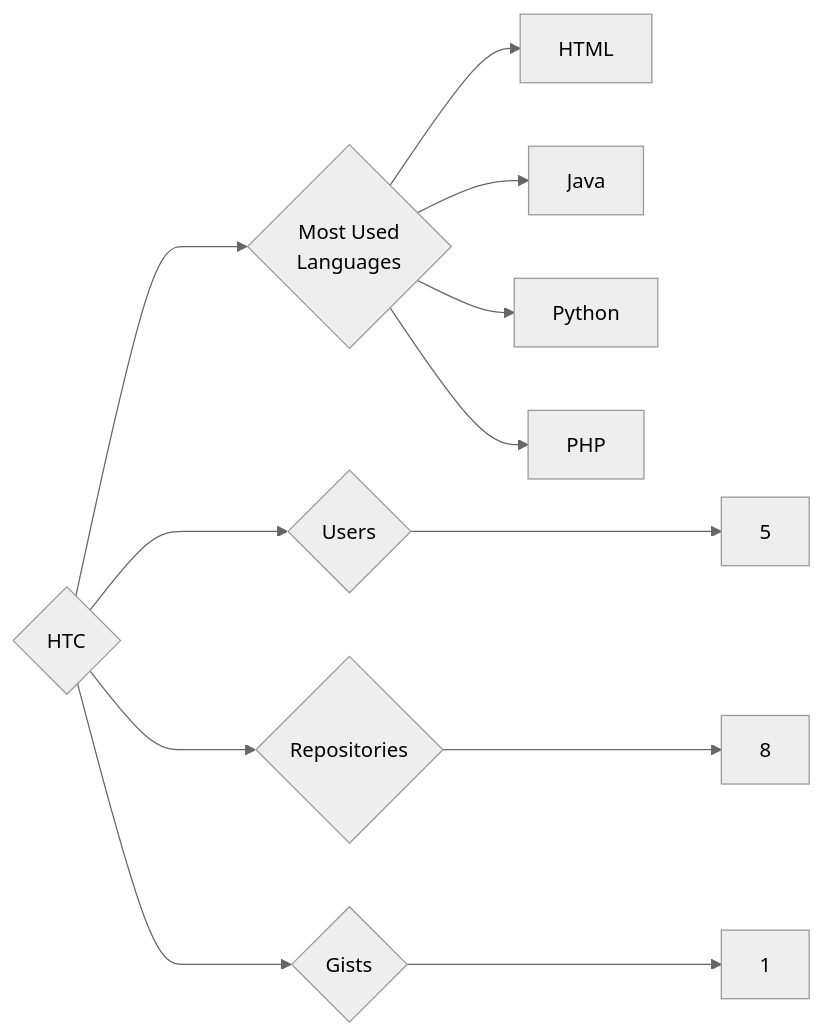
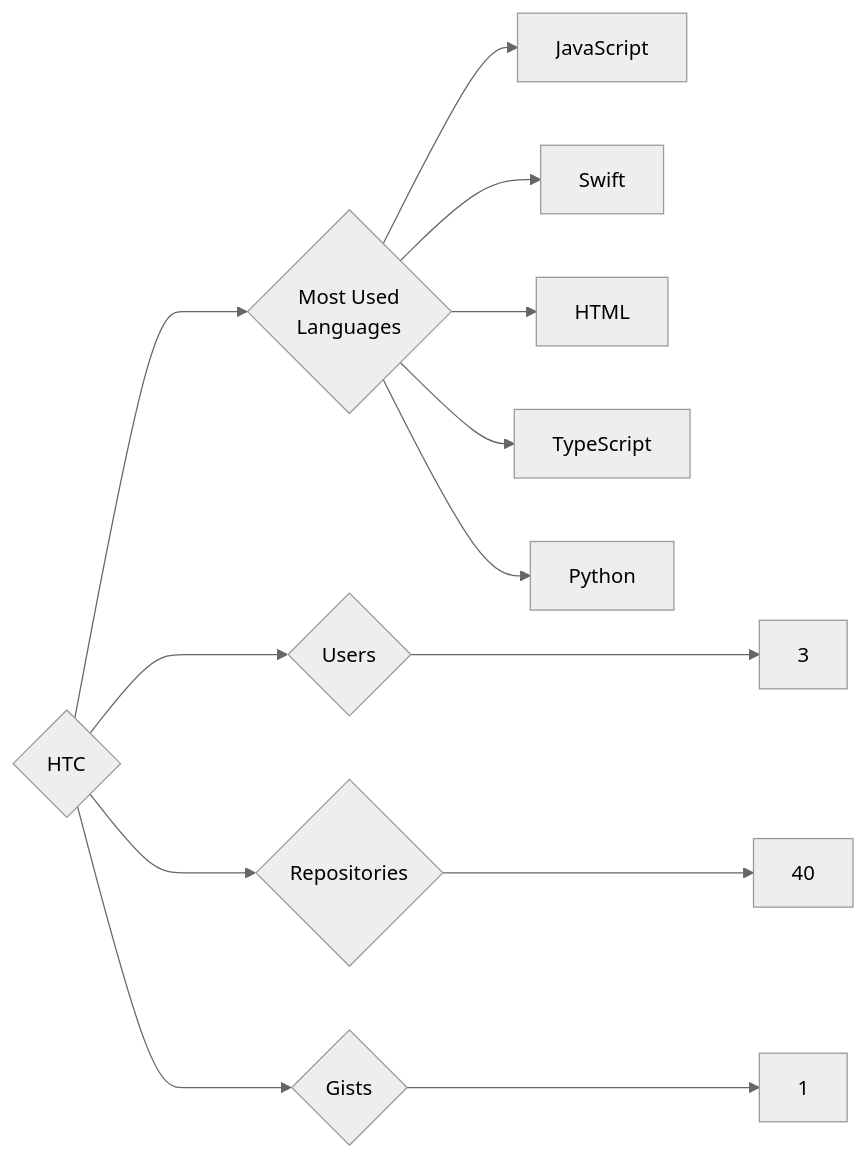
The diagram in targets/HTC/README.md (trickest/insiders), drawn with Mermaid (neutral theme) before and after one commit. The commit also changed 1092 other files, not shown here.

````diff
--- a/targets/HTC/README.md
+++ b/targets/HTC/README.md
@@ -3,12 +3,13 @@
 ```mermaid
 graph LR
 COMPANY_NAME{HTC}
-COMPANY_NAME ---> U{Users} ---> UN[5]
-COMPANY_NAME ---> R{Repositories} ---> RN[8]
+COMPANY_NAME ---> U{Users} ---> UN[3]
+COMPANY_NAME ---> R{Repositories} ---> RN[40]
 COMPANY_NAME ---> G{Gists} ---> GN[1]
 COMPANY_NAME ---> ML{Most Used<br>Languages}
+ML --> JavaScript[JavaScript]
+ML --> Swift[Swift]
 ML --> HTML[HTML]
-ML --> Java[Java]
+ML --> TypeScript[TypeScript]
 ML --> Python[Python]
-ML --> PHP[PHP]
 ```
````
